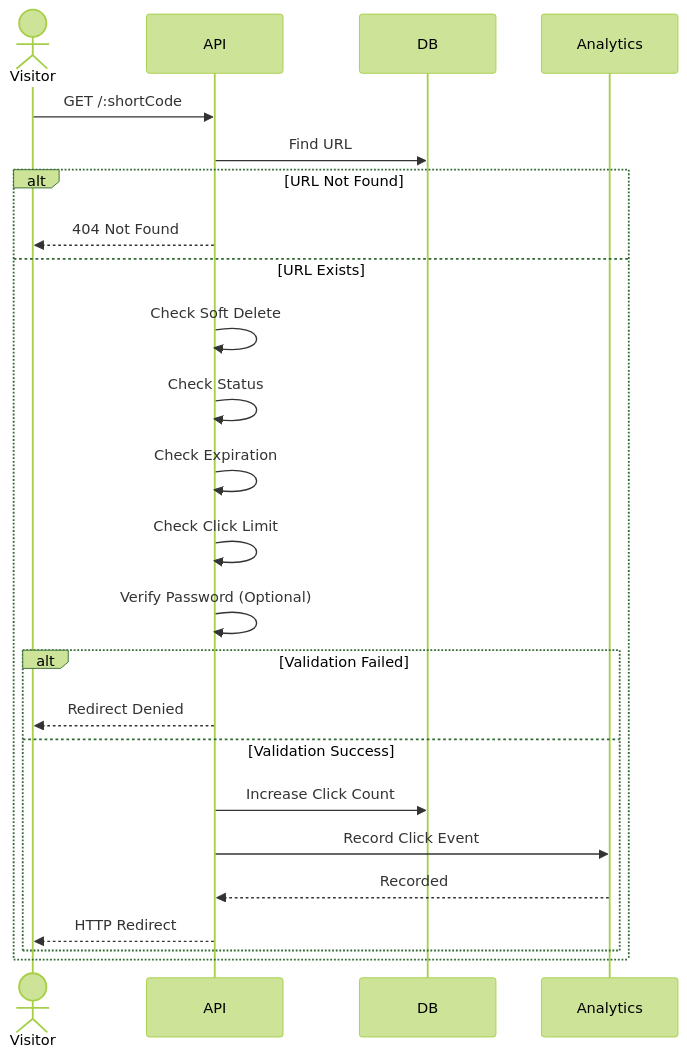
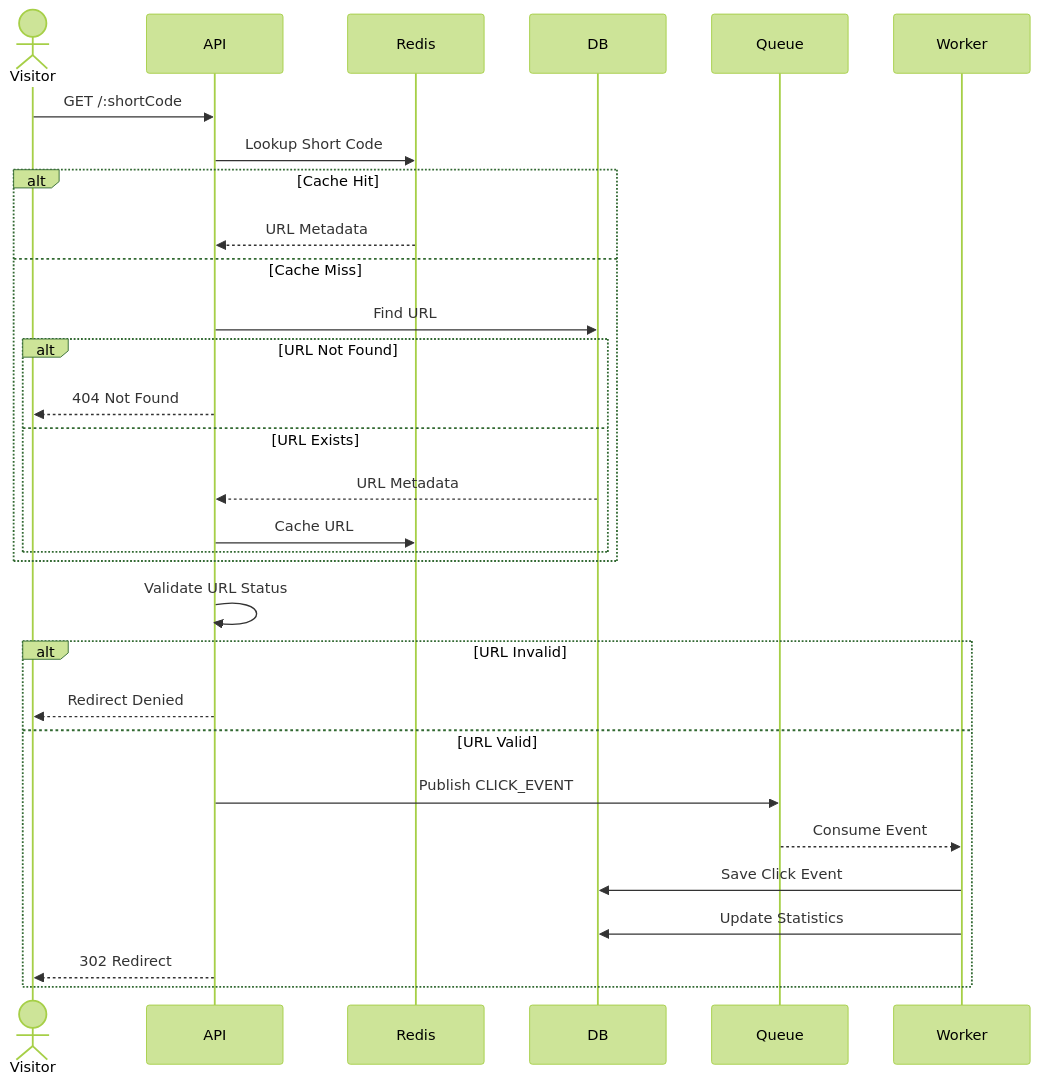
The sixth of 8 diagrams in docs/architecture/url/URL-Sequence.md (datnguyxn/LinkFlow), drawn with Mermaid (forest theme) before and after one commit. The commit also changed other lines of this file and 53 other files, not shown here.

````diff
--- a/docs/architecture/url/URL-Sequence.md
+++ b/docs/architecture/url/URL-Sequence.md
@@ -206,45 +303,57 @@
 ```mermaid
 sequenceDiagram
 
     actor Visitor
+
     participant API
+    participant Redis
     participant DB
-    participant Analytics
+    participant Queue
+    participant Worker
 
     Visitor->>API: GET /:shortCode
 
-    API->>DB: Find URL
+    API->>Redis: Lookup Short Code
 
-    alt URL Not Found
-        API-->>Visitor: 404 Not Found
+    alt Cache Hit
 
-    else URL Exists
+        Redis-->>API: URL Metadata
 
-        API->>API: Check Soft Delete
+    else Cache Miss
 
-        API->>API: Check Status
+        API->>DB: Find URL
 
-        API->>API: Check Expiration
+        alt URL Not Found
 
-        API->>API: Check Click Limit
+            API-->>Visitor: 404 Not Found
 
-        API->>API: Verify Password (Optional)
+        else URL Exists
 
-        alt Validation Failed
+            DB-->>API: URL Metadata
 
-            API-->>Visitor: Redirect Denied
-
-        else Validation Success
-
-            API->>DB: Increase Click Count
-
-            API->>Analytics: Record Click Event
-
-            Analytics-->>API: Recorded
-
-            API-->>Visitor: HTTP Redirect
+            API->>Redis: Cache URL
 
         end
 
     end
+
+    API->>API: Validate URL Status
+
+    alt URL Invalid
+
+        API-->>Visitor: Redirect Denied
+
+    else URL Valid
+
+        API->>Queue: Publish CLICK_EVENT
+
+        Queue-->>Worker: Consume Event
+
+        Worker->>DB: Save Click Event
+
+        Worker->>DB: Update Statistics
+
+        API-->>Visitor: 302 Redirect
+
+    end
 ```
````
